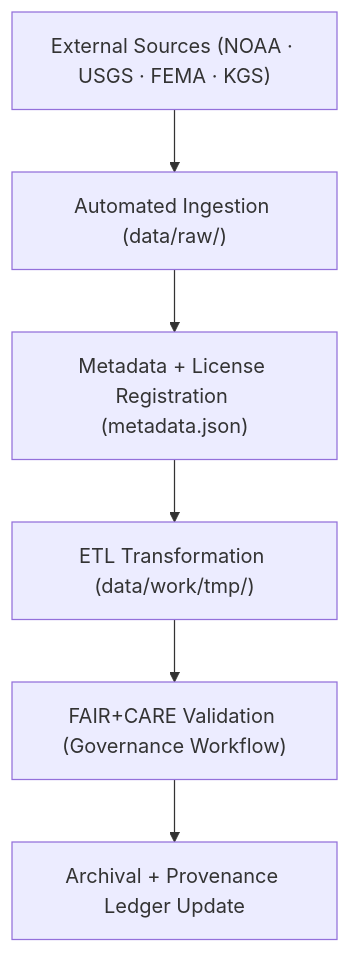
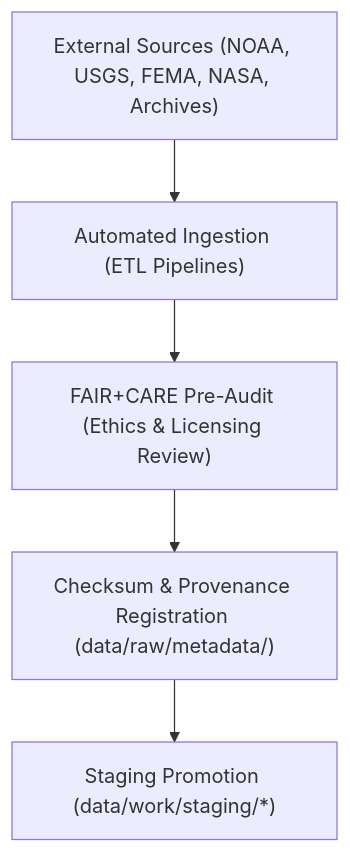
One commit to bartytime4life/Kansas-Frontier-Matrix changed the diagram in data/raw/README.md. Above: the diagram before and after it, drawn with Mermaid. The commit also changed other lines of this file, not shown here.

````diff
--- a/data/raw/README.md
+++ b/data/raw/README.md
@@ -85,8 +68,7 @@
 ```mermaid
 flowchart TD
-  A["External Sources (NOAA · USGS · FEMA · KGS)"] --> B["Automated Ingestion (data/raw/)"]
-  B --> C["Metadata + License Registration (metadata.json)"]
-  C --> D["ETL Transformation (data/work/tmp/)"]
-  D --> E["FAIR+CARE Validation (Governance Workflow)"]
-  E --> F["Archival + Provenance Ledger Update"]
+    A["External Sources (NOAA, USGS, FEMA, NASA, Archives)"] --> B["Automated Ingestion (ETL Pipelines)"]
+    B --> C["FAIR+CARE Pre-Audit (Ethics & Licensing Review)"]
+    C --> D["Checksum & Provenance Registration (data/raw/metadata/)"]
+    D --> E["Staging Promotion (data/work/staging/*)"]
 ```
````
